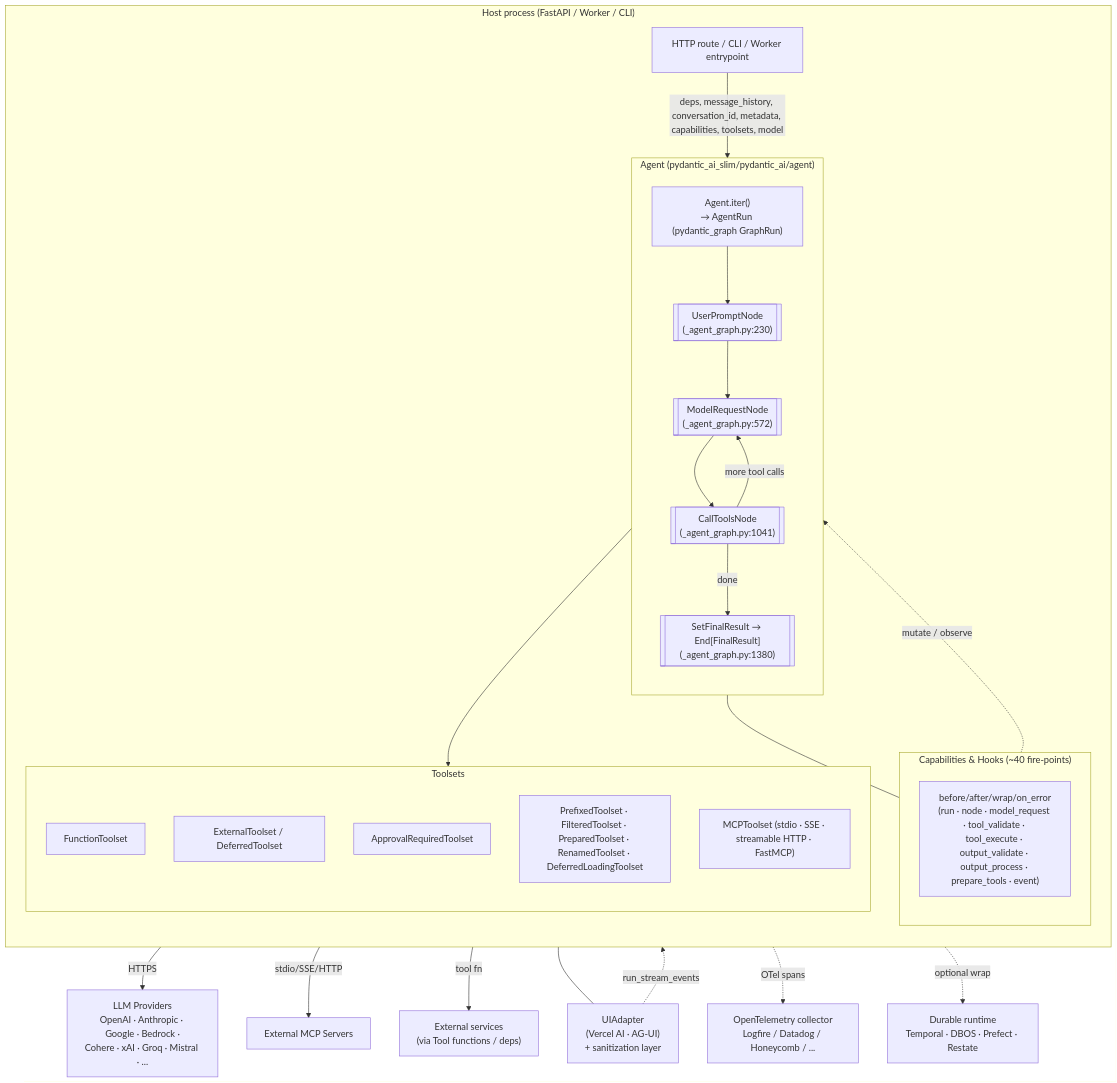
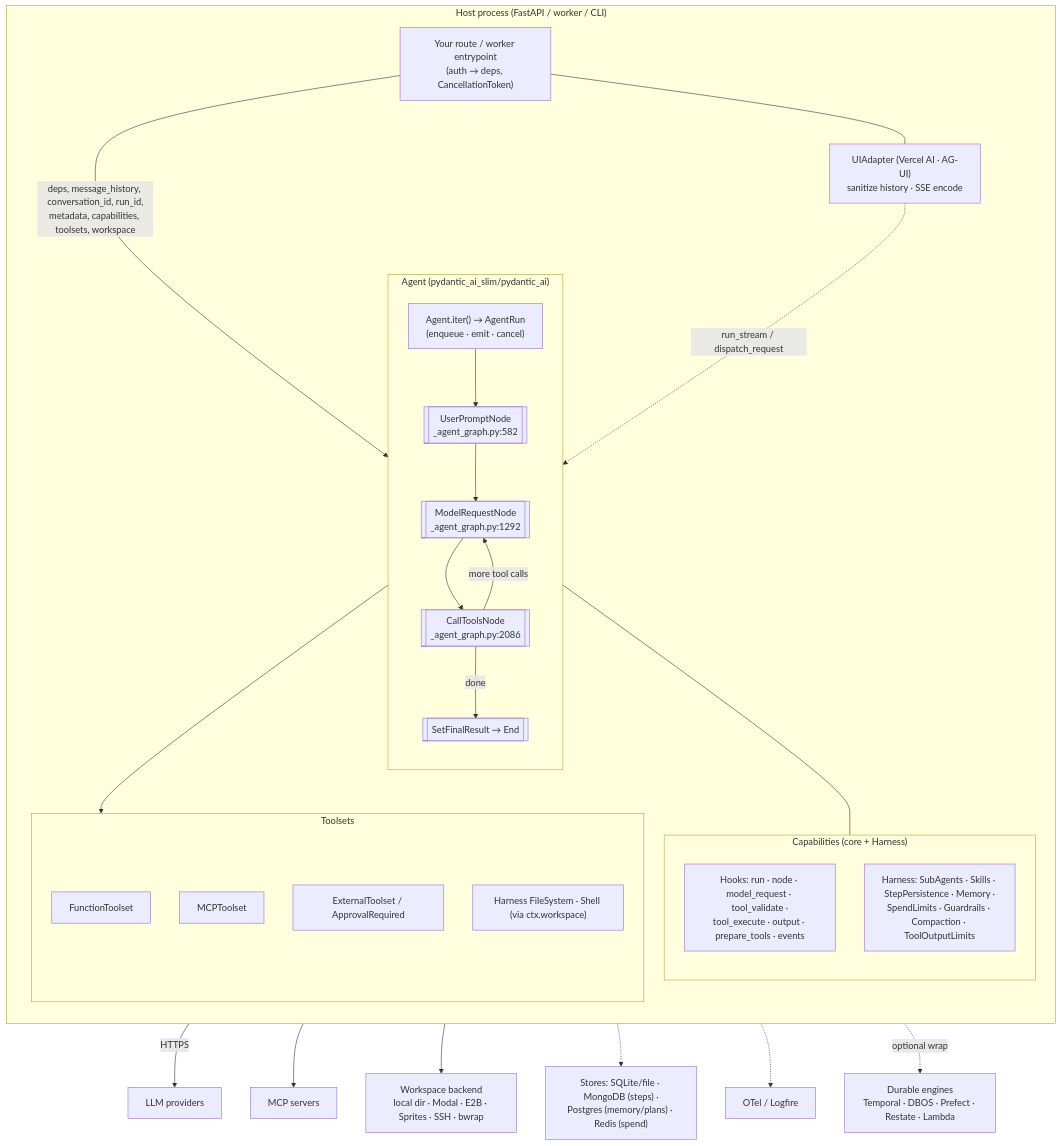
Before and after one commit to nmvalera/ai-framework-benchmark: the second of 2 diagrams in docs/reports/pydantic-ai.md, drawn with Mermaid. The commit also changed other lines of this file and 18 other files, not shown here.

````diff
--- a/docs/reports/pydantic-ai.md
+++ b/docs/reports/pydantic-ai.md
@@ -1101,53 +1146,50 @@
 ```mermaid
 flowchart TB
-  subgraph host["Host process (FastAPI / Worker / CLI)"]
+  subgraph host["Host process (FastAPI / worker / CLI)"]
     direction TB
-    api["HTTP route / CLI / Worker entrypoint"]
-    api -->|deps, message_history, conversation_id, metadata, capabilities, toolsets, model| agent
+    api["Your route / worker entrypoint<br/>(auth → deps, CancellationToken)"]
+    ui["UIAdapter (Vercel AI · AG-UI)<br/>sanitize history · SSE encode"]
+    api --- ui
+    api -->|deps, message_history, conversation_id, run_id,<br/>metadata, capabilities, toolsets, workspace| agent
 
-    subgraph agent["Agent (pydantic_ai_slim/pydantic_ai/agent)"]
+    subgraph agent["Agent (pydantic_ai_slim/pydantic_ai)"]
       direction TB
-      iter["Agent.iter()<br/>→ AgentRun (pydantic_graph GraphRun)"]
-      iter --> upn[["UserPromptNode<br/>(_agent_graph.py:230)"]]
-      upn --> mrn[["ModelRequestNode<br/>(_agent_graph.py:572)"]]
-      mrn --> ctn[["CallToolsNode<br/>(_agent_graph.py:1041)"]]
+      iter["Agent.iter() → AgentRun<br/>(enqueue · emit · cancel)"]
+      iter --> upn[["UserPromptNode<br/>_agent_graph.py:582"]]
+      upn --> mrn[["ModelRequestNode<br/>_agent_graph.py:1292"]]
+      mrn --> ctn[["CallToolsNode<br/>_agent_graph.py:2086"]]
       ctn -->|more tool calls| mrn
-      ctn -->|done| sf[["SetFinalResult → End[FinalResult]<br/>(_agent_graph.py:1380)"]]
+      ctn -->|done| endn[["SetFinalResult → End"]]
     end
 
-    subgraph caps["Capabilities & Hooks (~40 fire-points)"]
+    subgraph caps["Capabilities (core + Harness)"]
       direction TB
-      run_h["before/after/wrap/on_error<br/>(run · node · model_request · tool_validate · tool_execute · output_validate · output_process · prepare_tools · event)"]
+      hooks["Hooks: run · node · model_request · tool_validate ·<br/>tool_execute · output · prepare_tools · events"]
+      hcaps["Harness: SubAgents · Skills · StepPersistence · Memory ·<br/>SpendLimits · Guardrails · Compaction · ToolOutputLimits"]
     end
-
     agent --- caps
-    caps -. mutate / observe .-> agent
 
     subgraph tools["Toolsets"]
-      direction TB
       ft["FunctionToolset"]
-      ets["ExternalToolset / DeferredToolset"]
-      art["ApprovalRequiredToolset"]
-      pt["PrefixedToolset · FilteredToolset · PreparedToolset · RenamedToolset · DeferredLoadingToolset"]
-      mcp["MCPToolset (stdio · SSE · streamable HTTP · FastMCP)"]
+      mcp["MCPToolset"]
+      ext["ExternalToolset / ApprovalRequired"]
+      fsx["Harness FileSystem · Shell (via ctx.workspace)"]
     end
-
     ctn --> tools
   end
 
-  providers["LLM Providers<br/>OpenAI · Anthropic · Google · Bedrock ·<br/>Cohere · xAI · Groq · Mistral · ..."]
-  mcpsrv["External MCP Servers"]
-  ext["External services<br/>(via Tool functions / deps)"]
-  otel["OpenTelemetry collector<br/>Logfire / Datadog / Honeycomb / ..."]
-  durable["Durable runtime<br/>Temporal · DBOS · Prefect · Restate"]
+  providers["LLM providers"]
+  mcpsrv["MCP servers"]
+  sandbox["Workspace backend<br/>local dir · Modal · E2B · Sprites · SSH · bwrap"]
+  stores["Stores: SQLite/file · MongoDB (steps) ·<br/>Postgres (memory/plans) · Redis (spend)"]
+  otel["OTel / Logfire"]
+  durable["Durable engines<br/>Temporal · DBOS · Prefect · Restate · Lambda"]
 
   mrn -->|HTTPS| providers
-  mcp -->|stdio/SSE/HTTP| mcpsrv
-  ft -->|tool fn| ext
-  agent -. OTel spans .-> otel
+  mcp --> mcpsrv
+  fsx --> sandbox
+  hcaps -.-> stores
+  agent -.-> otel
   agent -. optional wrap .-> durable
-
-  ui_adapter["UIAdapter<br/>(Vercel AI · AG-UI)<br/>+ sanitization layer"]
-  api --- ui_adapter
-  ui_adapter -.->|run_stream_events| agent
+  ui -.->|run_stream / dispatch_request| agent
 ```
````
